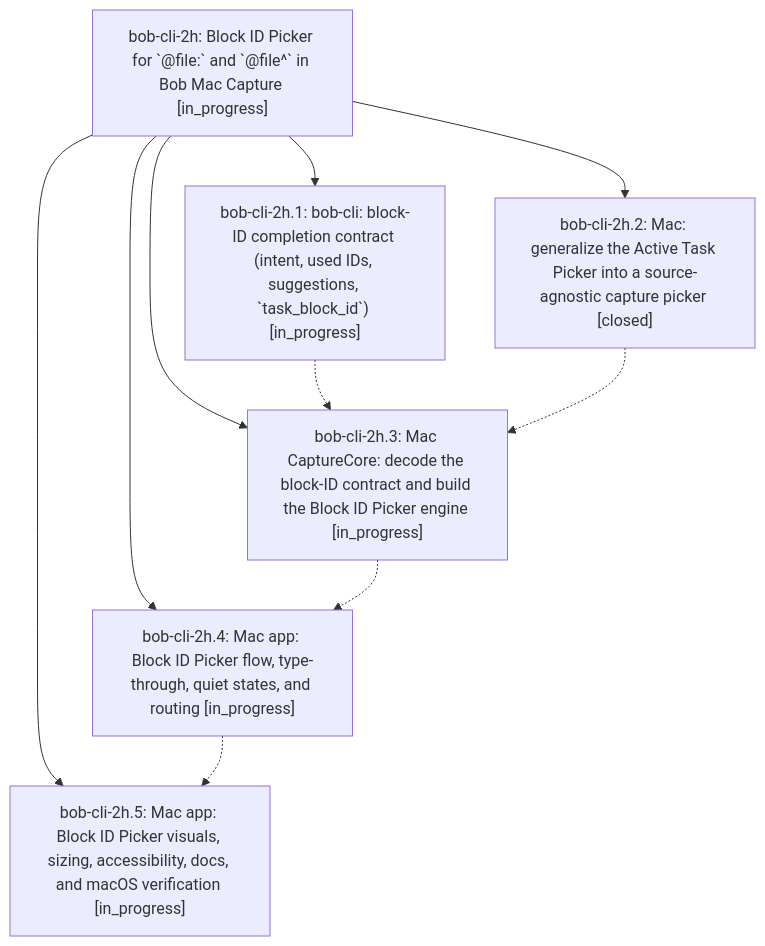
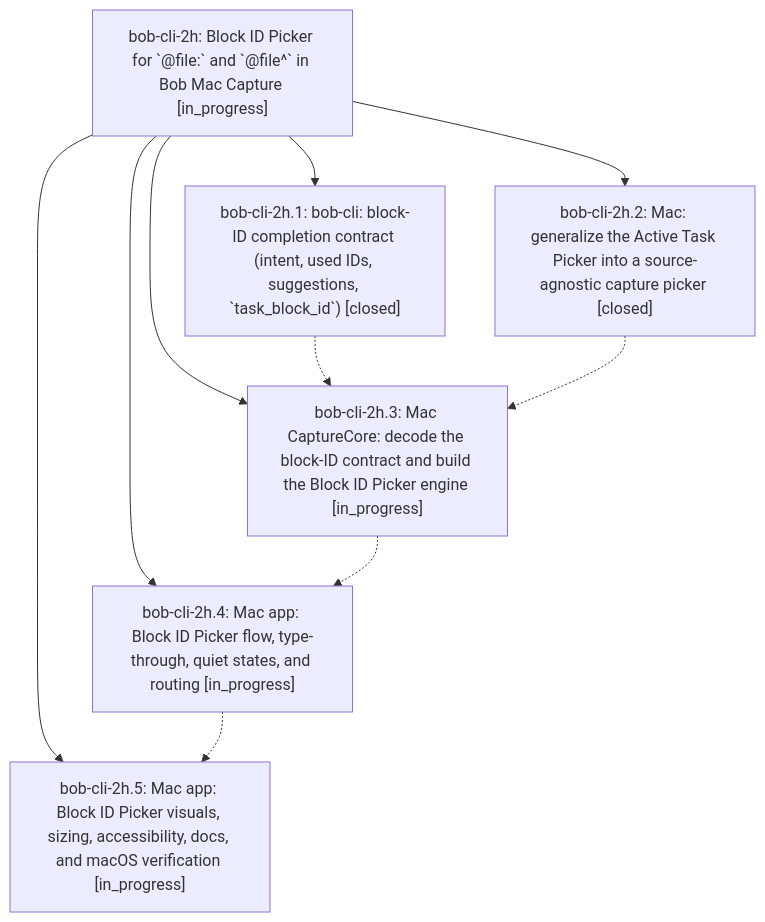
Before and after one commit to bobs-org/bob-cli--beads: the diagram in pages/bob-cli-2h/README.md, drawn with Mermaid. The commit also changed other lines of this file and 2 other files, not shown here.

First line of the commit message:
chore(beads): sync bead state and pages for bob-cli-2h

````diff
--- a/pages/bob-cli-2h/README.md
+++ b/pages/bob-cli-2h/README.md
@@ -26,18 +26,18 @@
 ```mermaid
 flowchart TD
     n0["bob-cli-2h: Block ID Picker for `@file:` and `@file^` in Bob Mac Capture [in_progress]"]
-    n1["bob-cli-2h.1: bob-cli: block-ID completion contract (intent, used IDs, suggestions, `task_block_id`) [in_progress]"]
+    n1["bob-cli-2h.1: bob-cli: block-ID completion contract (intent, used IDs, suggestions, `task_block_id`) [closed]"]
     n2["bob-cli-2h.2: Mac: generalize the Active Task Picker into a source-agnostic capture picker [closed]"]
     n3["bob-cli-2h.3: Mac CaptureCore: decode the block-ID contract and build the Block ID Picker engine [in_progress]"]
     n4["bob-cli-2h.4: Mac app: Block ID Picker flow, type-through, quiet states, and routing [in_progress]"]
     n5["bob-cli-2h.5: Mac app: Block ID Picker visuals, sizing, accessibility, docs, and macOS verification [in_progress]"]
     n0 --> n1
     n0 --> n2
     n0 --> n3
     n0 --> n4
     n0 --> n5
     n1 -.-> n3
     n2 -.-> n3
     n3 -.-> n4
     n4 -.-> n5
 ```
````
